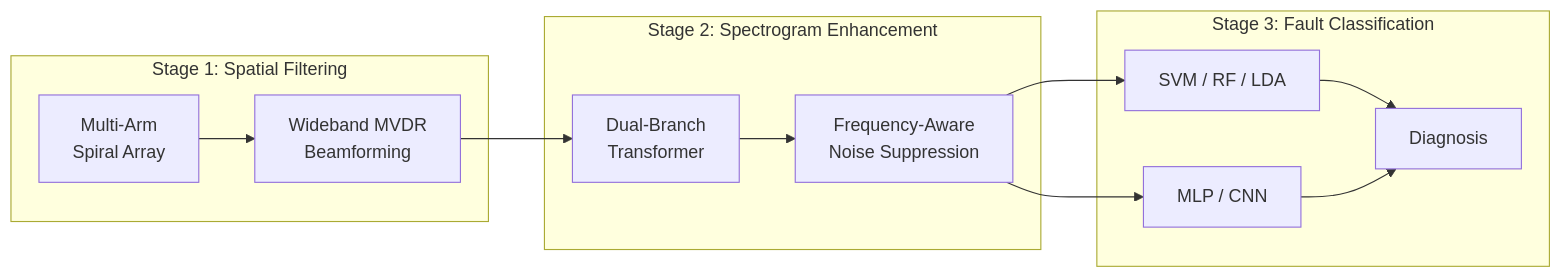
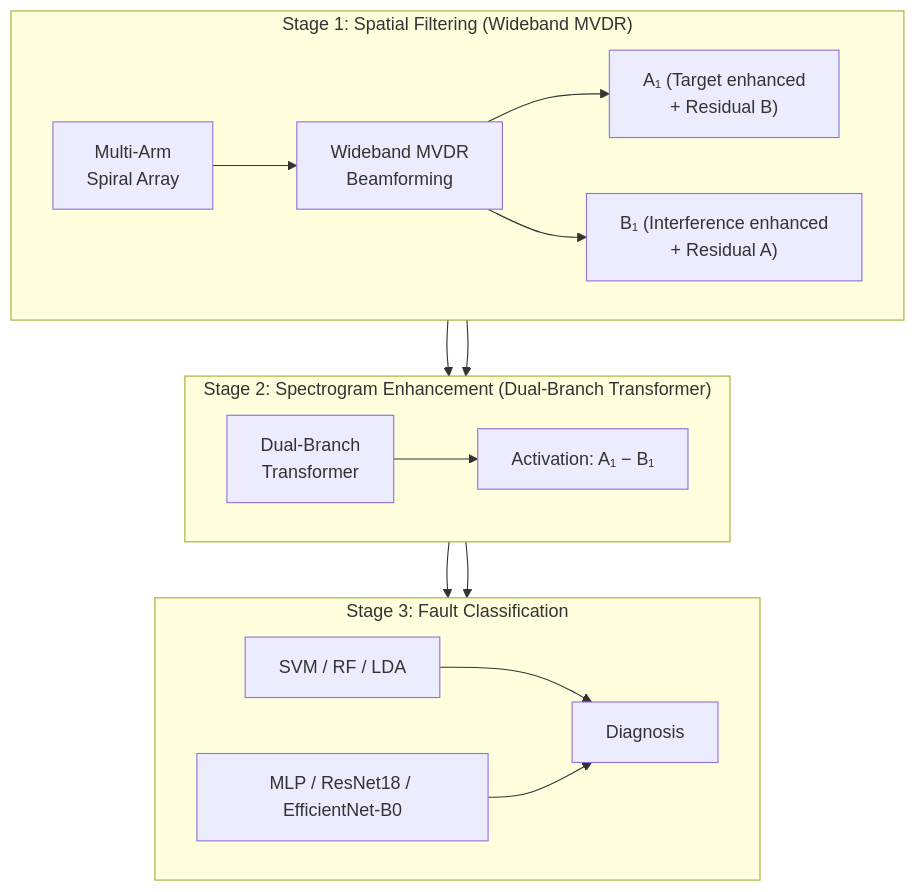
The second of 3 diagrams in README.md (1052554665/mvdr-based-on-multi-arm-spiral-array), drawn with Mermaid before and after one commit. The commit also changed other lines of this file and 1 other file, not shown here.

````diff
--- a/README.md
+++ b/README.md
@@ -33,16 +43,22 @@
 ```mermaid
-flowchart LR
-    subgraph Stage 1["Stage 1: Spatial Filtering"]
-        A[Multi-Arm<br/>Spiral Array] --> B[Wideband MVDR<br/>Beamforming]
+flowchart TD
+    subgraph Stage1["Stage 1: Spatial Filtering (Wideband MVDR)"]
+        direction LR
+        ARR["Multi-Arm<br/>Spiral Array"] --> MVDR["Wideband MVDR<br/>Beamforming"]
+        MVDR --> A1OUT["A₁ (Target enhanced<br/>+ Residual B)"]
+        MVDR --> B1OUT["B₁ (Interference enhanced<br/>+ Residual A)"]
     end
-    subgraph Stage 2["Stage 2: Spectrogram Enhancement"]
-        C[Dual-Branch<br/>Transformer] --> D[Frequency-Aware<br/>Noise Suppression]
+    subgraph Stage2["Stage 2: Spectrogram Enhancement (Dual-Branch Transformer)"]
+        direction LR
+        A1OUT --> DNN["Dual-Branch<br/>Transformer"]
+        B1OUT --> DNN
+        DNN --> ACT["Activation: A₁ − B₁"]
     end
-    subgraph Stage 3["Stage 3: Fault Classification"]
-        E[SVM / RF / LDA] --> F[ Diagnosis]
-        G[MLP / CNN] --> F
+    subgraph Stage3["Stage 3: Fault Classification"]
+        direction LR
+        ACT --> CLF["SVM / RF / LDA"]
+        ACT --> DL["MLP / ResNet18 / EfficientNet-B0"]
+        CLF --> DIAG["Diagnosis"]
+        DL --> DIAG
     end
-    B --> C
-    D --> E
-    D --> G
 ```
````
